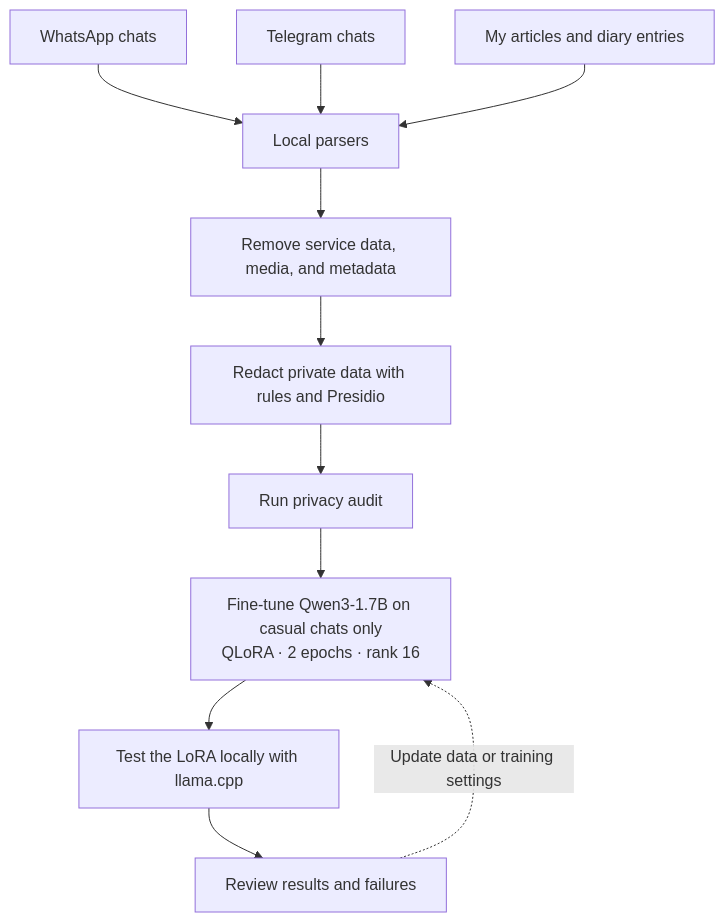
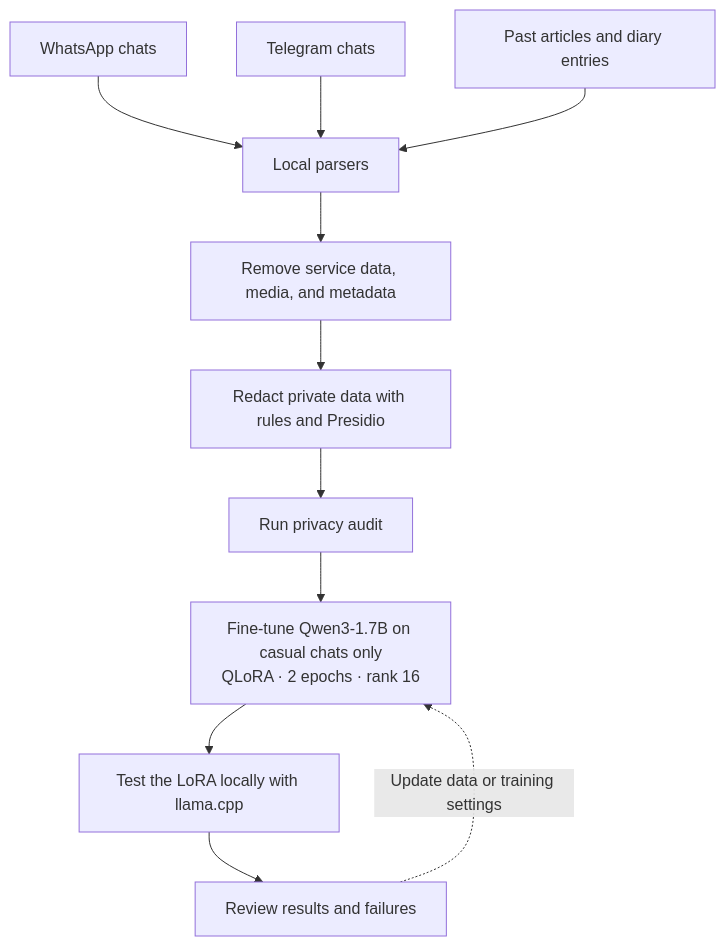
One commit to Neeraj138/speak-like-me changed the diagram in README.md. Above: the diagram before and after it, drawn with Mermaid. The commit also changed other lines of this file, not shown here.

````diff
--- a/README.md
+++ b/README.md
@@ -10,15 +11,15 @@
 ```mermaid
 flowchart TD
     W[WhatsApp chats] --> P[Local parsers]
     T[Telegram chats] --> P
-    J[My articles and diary entries] --> P
+    J[Past articles and diary entries] --> P
 
     P --> C[Remove service data, media, and metadata]
     C --> R[Redact private data with rules and Presidio]
     R --> A[Run privacy audit]
 
     A --> F[Fine-tune Qwen3-1.7B on casual chats only<br/>QLoRA · 2 epochs · rank 16]
     F --> X[Test the LoRA locally with llama.cpp]
     X --> Y[Review results and failures]
     Y -. Update data or training settings .-> F
 ```
````
